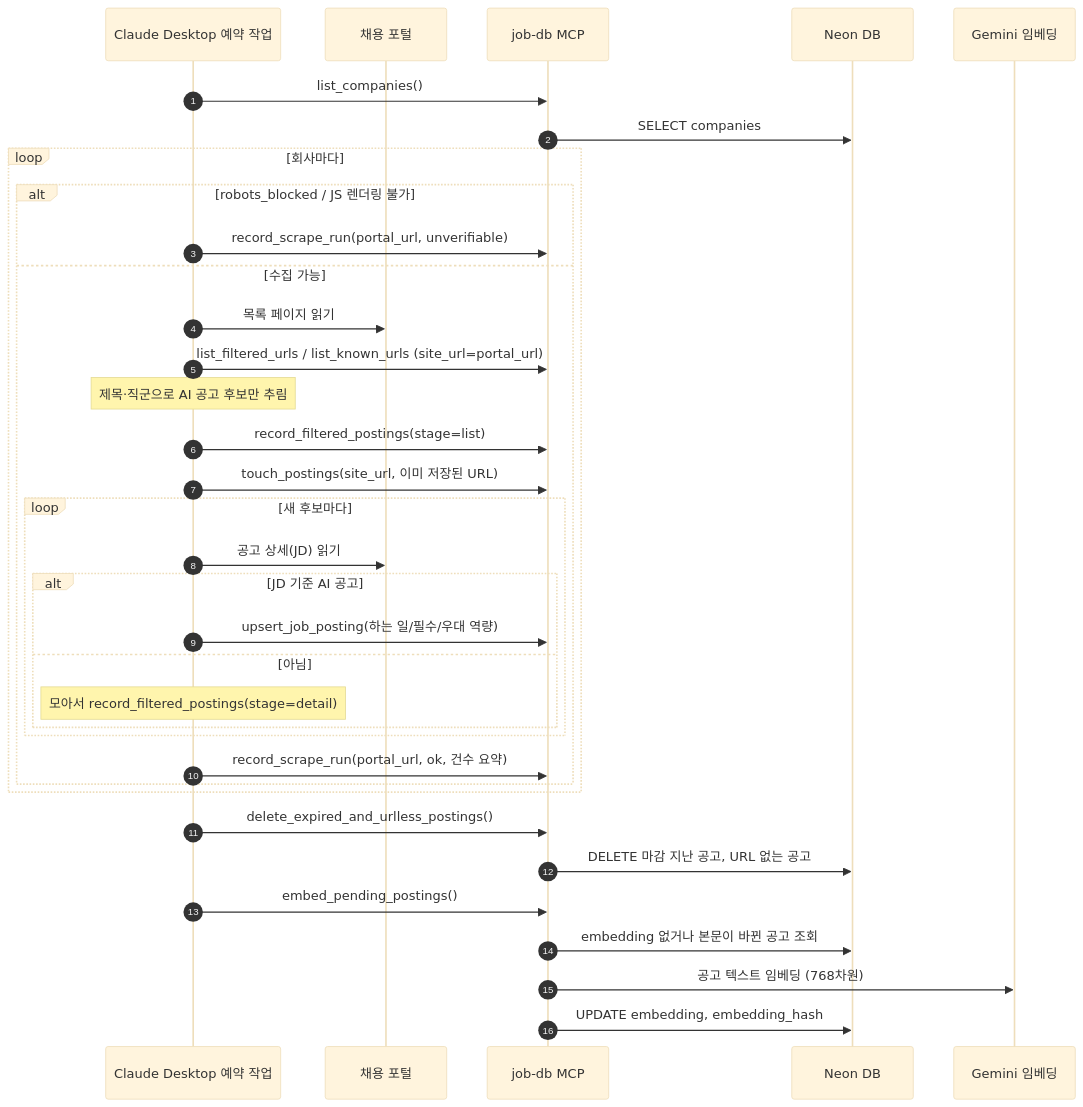
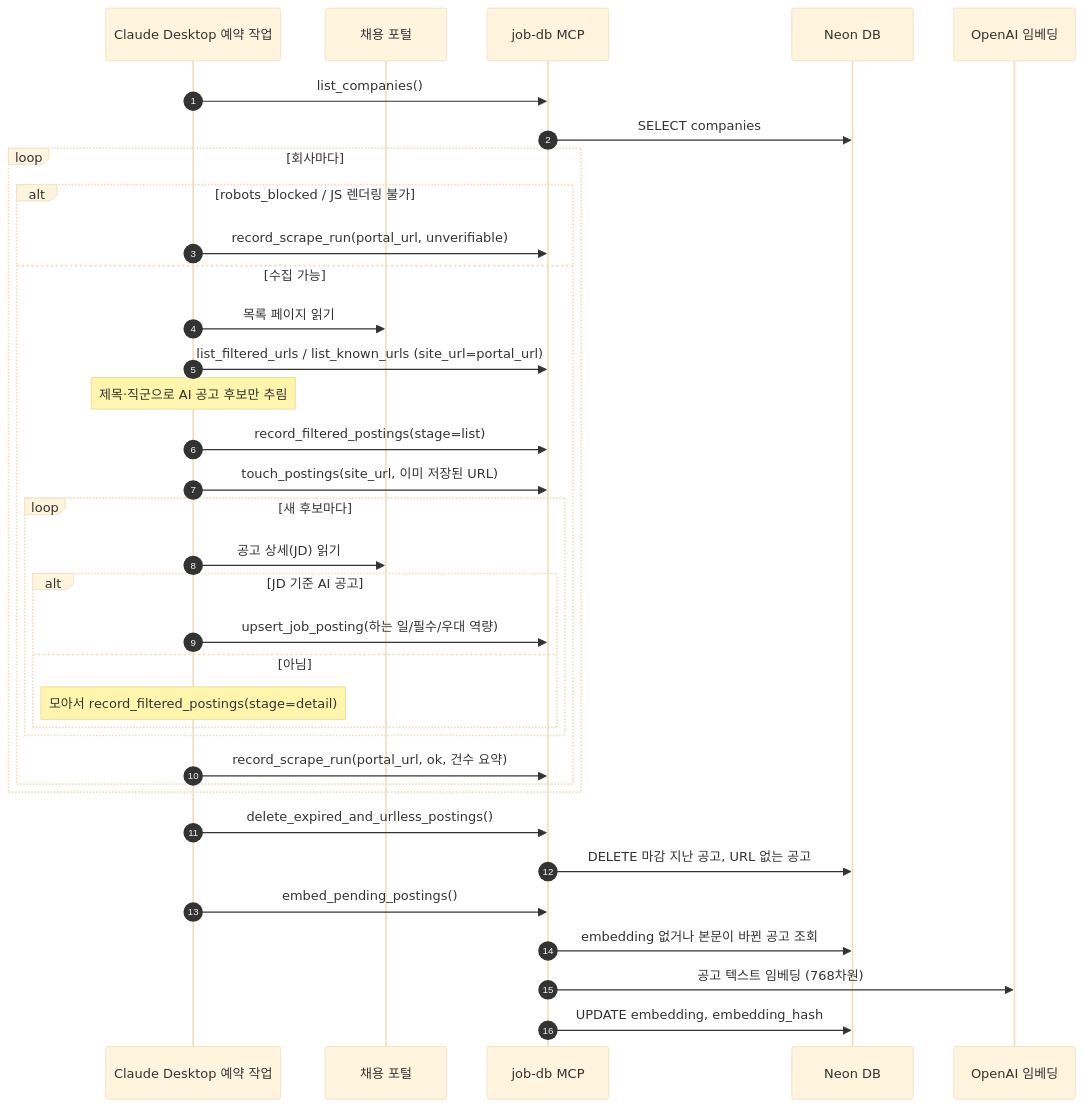
Before and after one commit to hymn-fly/recruit-posting-agent: the second of 5 diagrams in README.md, drawn with Mermaid (base theme). The commit also changed other lines of this file and 4 other files, not shown here.

````diff
--- a/README.md
+++ b/README.md
@@ -130,38 +130,38 @@
 ```mermaid
 sequenceDiagram
     autonumber
     participant CD as Claude Desktop 예약 작업
     participant Web as 채용 포털
     participant JDB as job-db MCP
     participant DB as Neon DB
-    participant GEM as Gemini 임베딩
+    participant GEM as OpenAI 임베딩
 
     CD->>JDB: list_companies()
     JDB->>DB: SELECT companies
     loop 회사마다
         alt robots_blocked / JS 렌더링 불가
             CD->>JDB: record_scrape_run(portal_url, unverifiable)
         else 수집 가능
             CD->>Web: 목록 페이지 읽기
             CD->>JDB: list_filtered_urls / list_known_urls (site_url=portal_url)
             Note over CD: 제목·직군으로 AI 공고 후보만 추림
             CD->>JDB: record_filtered_postings(stage=list)
             CD->>JDB: touch_postings(site_url, 이미 저장된 URL)
             loop 새 후보마다
                 CD->>Web: 공고 상세(JD) 읽기
                 alt JD 기준 AI 공고
                     CD->>JDB: upsert_job_posting(하는 일/필수/우대 역량)
                 else 아님
                     Note over CD: 모아서 record_filtered_postings(stage=detail)
                 end
             end
             CD->>JDB: record_scrape_run(portal_url, ok, 건수 요약)
         end
     end
     CD->>JDB: delete_expired_and_urlless_postings()
     JDB->>DB: DELETE 마감 지난 공고, URL 없는 공고
     CD->>JDB: embed_pending_postings()
     JDB->>DB: embedding 없거나 본문이 바뀐 공고 조회
     JDB->>GEM: 공고 텍스트 임베딩 (768차원)
     JDB->>DB: UPDATE embedding, embedding_hash
 ```
````
